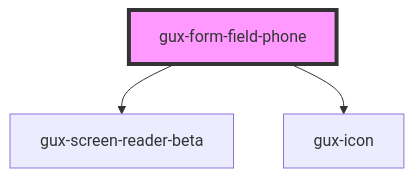
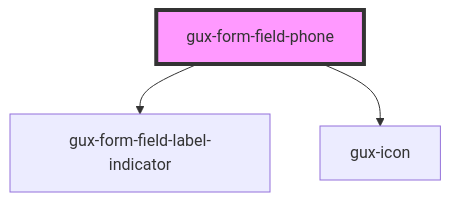
Before and after one commit to MyPureCloud/genesys-spark: the diagram in packages/genesys-spark-components/src/components/stable/gux-form-field/components/gux-form-field-phone/readme.md, drawn with Mermaid. The commit also changed other lines of this file and 24 other files, not shown here.

````diff
--- a/packages/genesys-spark-components/src/components/stable/gux-form-field/components/gux-form-field-phone/readme.md
+++ b/packages/genesys-spark-components/src/components/stable/gux-form-field/components/gux-form-field-phone/readme.md
@@ -33,6 +34,6 @@
 ```mermaid
 graph TD;
-  gux-form-field-phone --> gux-screen-reader-beta
+  gux-form-field-phone --> gux-form-field-label-indicator
   gux-form-field-phone --> gux-icon
   style gux-form-field-phone fill:#f9f,stroke:#333,stroke-width:4px
 ```
````
